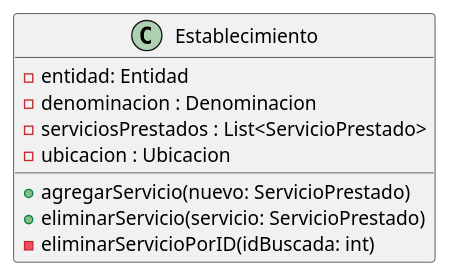
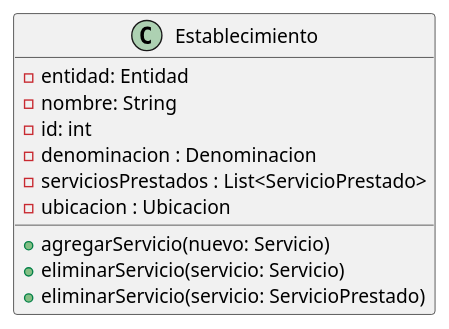
One commit to mbertogliati/dds-tpa changed the diagram in DC/E3/domain/entidades/Establecimiento.puml. Above: the diagram before and after it, drawn with PlantUML. The commit also changed 69 other files, not shown here.

Commit message:
Completo la estructura de (casi) todas las clases en el diagrama de clases (ver E3_COMPLETO.puml). Agregue tambien varios TODO con cosas para decidir.

```diff
--- a/DC/E3/domain/entidades/Establecimiento.puml
+++ b/DC/E3/domain/entidades/Establecimiento.puml
@@ -1,15 +1,17 @@
 @startuml
 'https://plantuml.com/class-diagram
 
 class Establecimiento{
     - entidad: Entidad
+    - nombre: String
+    - id: int
     - denominacion : Denominacion
     - serviciosPrestados : List<ServicioPrestado>
     - ubicacion : Ubicacion
 
-    + agregarServicio(nuevo: ServicioPrestado)
+    + agregarServicio(nuevo: Servicio)
+    + eliminarServicio(servicio: Servicio)
     + eliminarServicio(servicio: ServicioPrestado)
-    - eliminarServicioPorID(idBuscada: int)
 }
 
 @enduml
```
